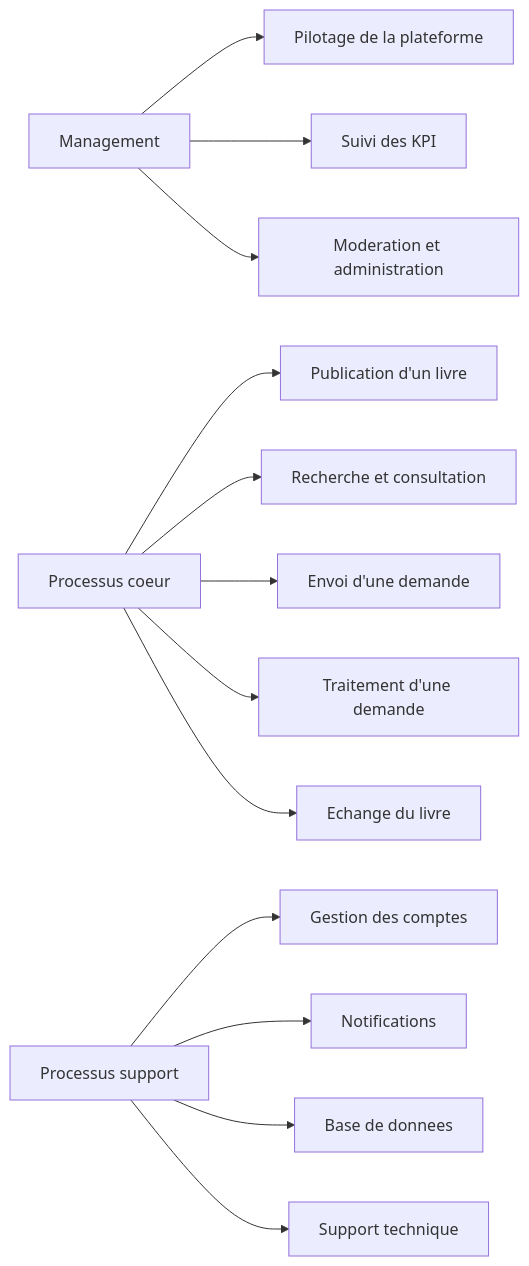
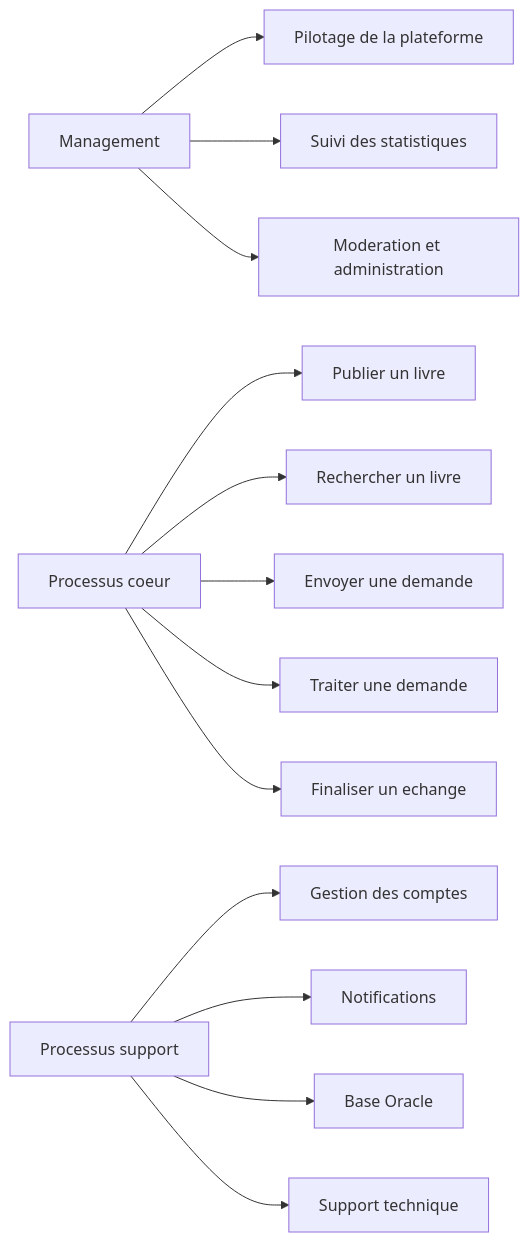
One commit to MrTBK/bookcycle-tunisia changed the first of 5 diagrams in RPA_AGL_DIAGRAMMES_ET_SECTIONS.md. Above: the diagram before and after it, drawn with Mermaid. The commit also changed other lines of this file and 12 other files, not shown here.

````diff
--- a/RPA_AGL_DIAGRAMMES_ET_SECTIONS.md
+++ b/RPA_AGL_DIAGRAMMES_ET_SECTIONS.md
@@ -45,17 +50,17 @@
 ```mermaid
 flowchart LR
     A["Management"] --> A1["Pilotage de la plateforme"]
-    A --> A2["Suivi des KPI"]
+    A --> A2["Suivi des statistiques"]
     A --> A3["Moderation et administration"]
 
-    B["Processus coeur"] --> B1["Publication d'un livre"]
-    B --> B2["Recherche et consultation"]
-    B --> B3["Envoi d'une demande"]
-    B --> B4["Traitement d'une demande"]
-    B --> B5["Echange du livre"]
+    B["Processus coeur"] --> B1["Publier un livre"]
+    B --> B2["Rechercher un livre"]
+    B --> B3["Envoyer une demande"]
+    B --> B4["Traiter une demande"]
+    B --> B5["Finaliser un echange"]
 
     C["Processus support"] --> C1["Gestion des comptes"]
     C --> C2["Notifications"]
-    C --> C3["Base de donnees"]
+    C --> C3["Base Oracle"]
     C --> C4["Support technique"]
 ```
````
